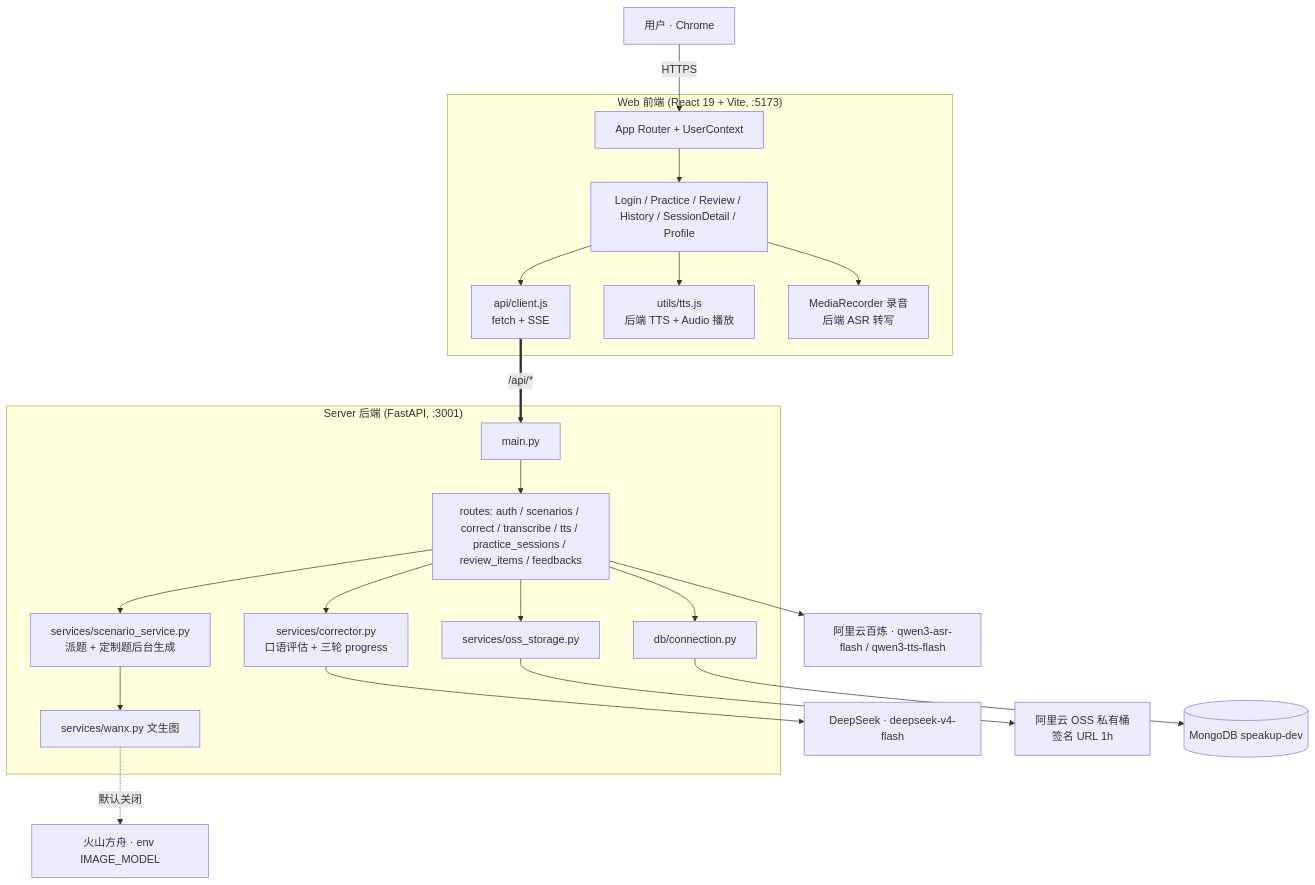
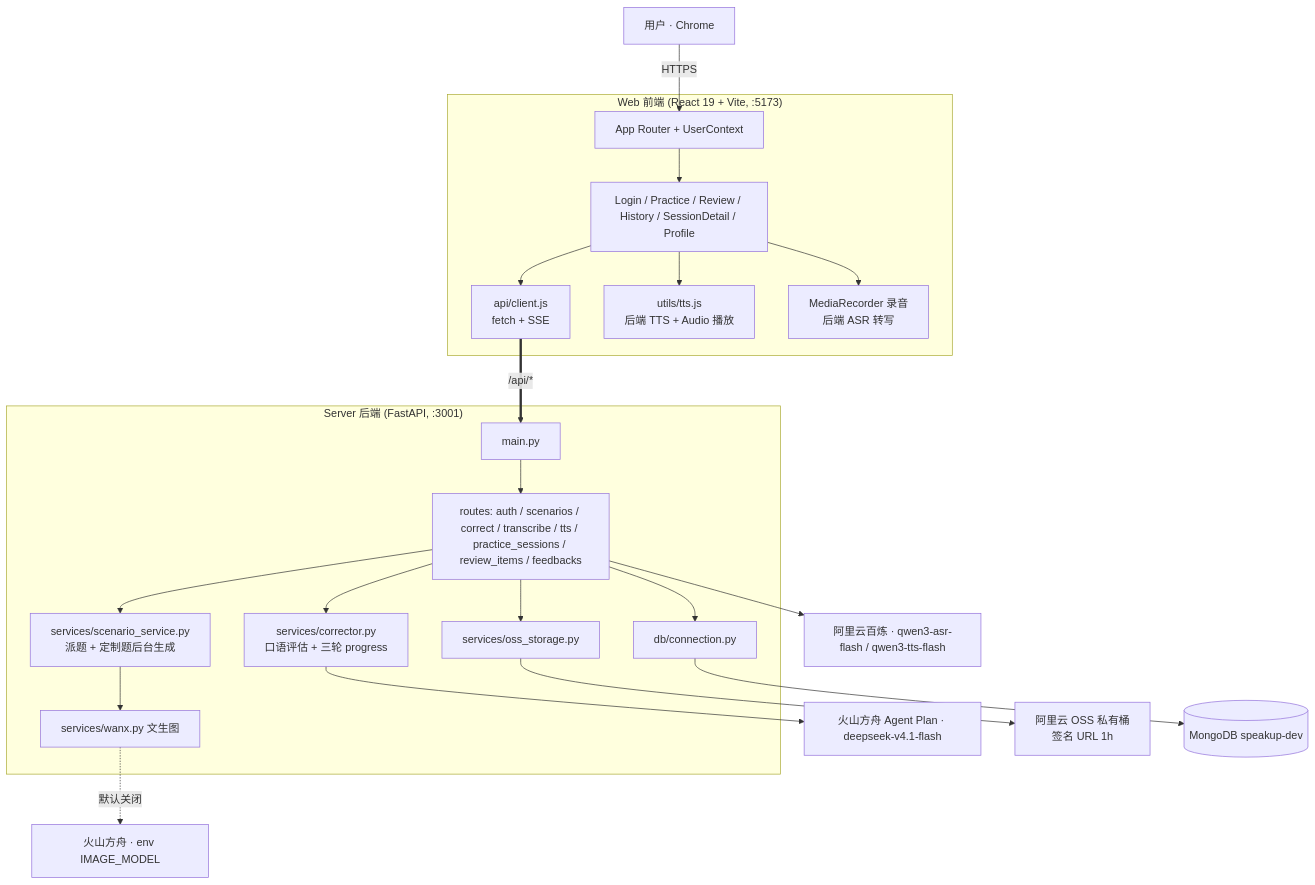
One commit to makewheels/speakup changed the first of 2 diagrams in docs/README.md. Above: the diagram before and after it, drawn with Mermaid. The commit also changed 9 other files, not shown here.

First line of the commit message:
chore: 生产文字模型切到火山方舟 Agent Plan（deepseek-v4.1-flash）

````diff
--- a/docs/README.md
+++ b/docs/README.md
@@ -47,28 +47,28 @@
 ```mermaid
 graph TB
     User[用户 · Chrome] -->|HTTPS| Web
 
     subgraph "Web 前端 (React 19 + Vite, :5173)"
         Web[App Router + UserContext] --> Pages[Login / Practice / Review / History / SessionDetail / Profile]
         Pages --> Client[api/client.js<br/>fetch + SSE]
         Pages --> TTS[utils/tts.js<br/>后端 TTS + Audio 播放]
         Pages --> SR[MediaRecorder 录音<br/>后端 ASR 转写]
     end
 
     Client ==>|/api/*| API
 
     subgraph "Server 后端 (FastAPI, :3001)"
         API[main.py] --> R[routes: auth / scenarios / correct / transcribe / tts / practice_sessions / review_items / feedbacks]
         R --> Corrector[services/corrector.py<br/>口语评估 + 三轮 progress]
         R --> Scen[services/scenario_service.py<br/>派题 + 定制题后台生成]
         Scen --> Wanx[services/wanx.py 文生图]
         R --> OSS[services/oss_storage.py]
         R --> DB[db/connection.py]
     end
 
-    Corrector --> ChatModel[DeepSeek · deepseek-v4-flash]
+    Corrector --> ChatModel[火山方舟 Agent Plan · deepseek-v4.1-flash]
     R --> Voice[阿里云百炼 · qwen3-asr-flash / qwen3-tts-flash]
     Wanx -.默认关闭.-> Seedream[火山方舟 · env IMAGE_MODEL]
     OSS --> Aliyun[阿里云 OSS 私有桶<br/>签名 URL 1h]
     DB --> Mongo[(MongoDB speakup-dev)]
 ```
````
